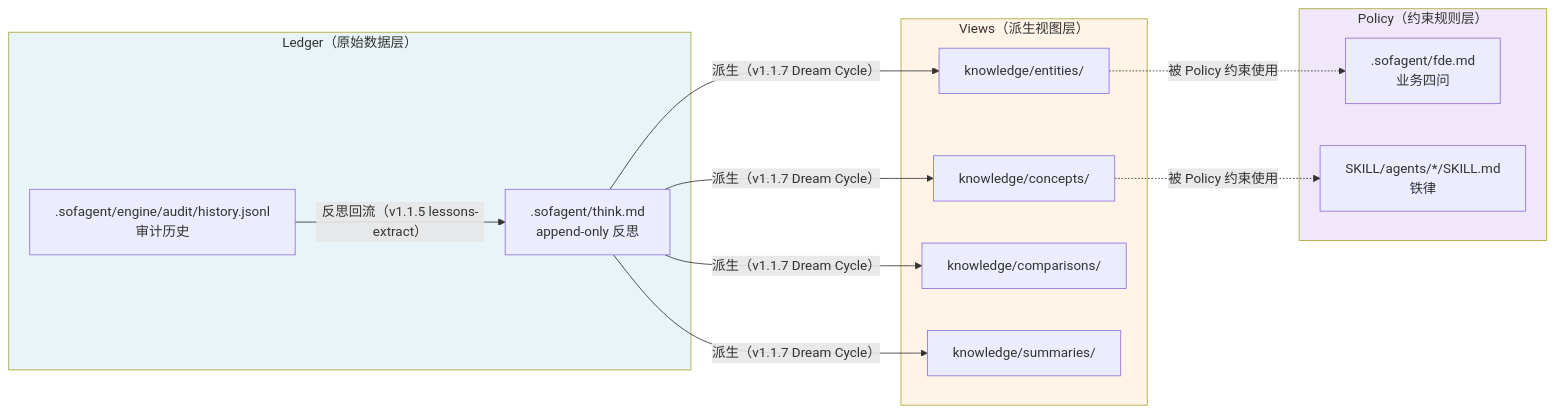
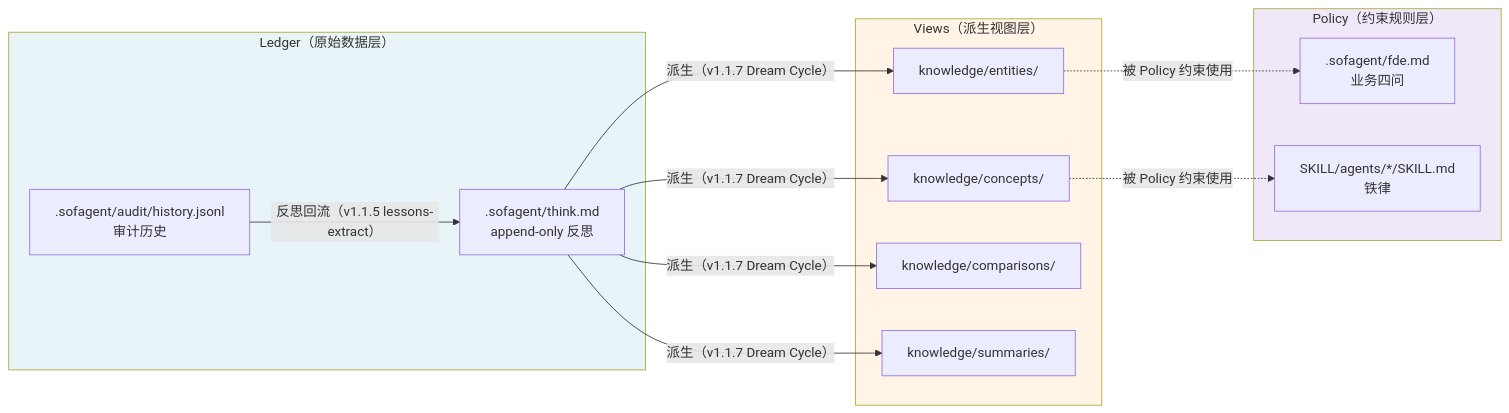
Before and after one commit to KongFangXun/sofagent: the diagram in docs/llm-wiki-mapping.md, drawn with Mermaid. The commit also changed other lines of this file and 32 other files, not shown here.

````diff
--- a/docs/llm-wiki-mapping.md
+++ b/docs/llm-wiki-mapping.md
@@ -27,31 +27,31 @@
 ```mermaid
 flowchart LR
     subgraph Ledger["Ledger（原始数据层）"]
         T1[".sofagent/think.md<br/>append-only 反思"]
-        T2[".sofagent/engine/audit/history.jsonl<br/>审计历史"]
+        T2[".sofagent/audit/history.jsonl<br/>审计历史"]
     end
 
     subgraph Views["Views（派生视图层）"]
         V1["knowledge/entities/"]
         V2["knowledge/concepts/"]
         V3["knowledge/comparisons/"]
         V4["knowledge/summaries/"]
     end
 
     subgraph Policy["Policy（约束规则层）"]
         P1[".sofagent/fde.md<br/>业务四问"]
         P2["SKILL/agents/*/SKILL.md<br/>铁律"]
     end
 
     T1 -->|"派生（v1.1.7 Dream Cycle）"| V1
     T1 -->|"派生（v1.1.7 Dream Cycle）"| V2
     T1 -->|"派生（v1.1.7 Dream Cycle）"| V3
     T1 -->|"派生（v1.1.7 Dream Cycle）"| V4
     T2 -->|"反思回流（v1.1.5 lessons-extract）"| T1
     V1 -.->|"被 Policy 约束使用"| P1
     V2 -.->|"被 Policy 约束使用"| P2
 
     style Ledger fill:#e8f4f8
     style Views fill:#fff4e6
     style Policy fill:#f0e8f8
 ```
````
